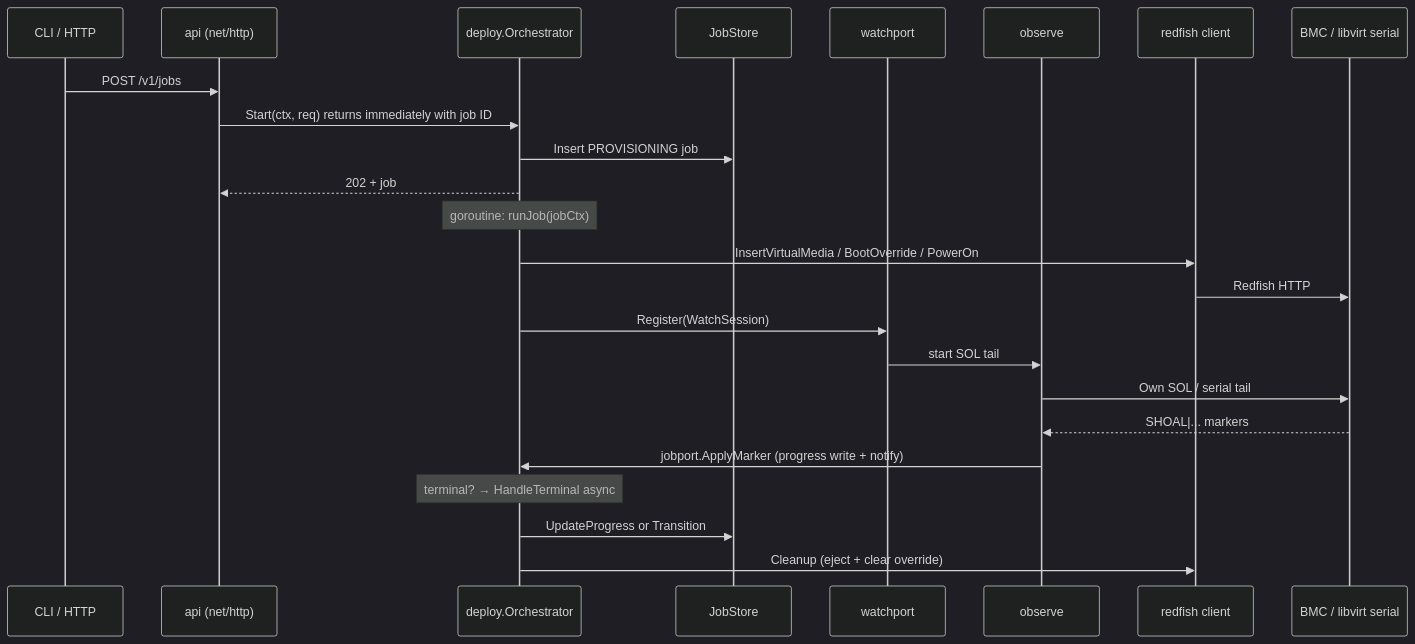
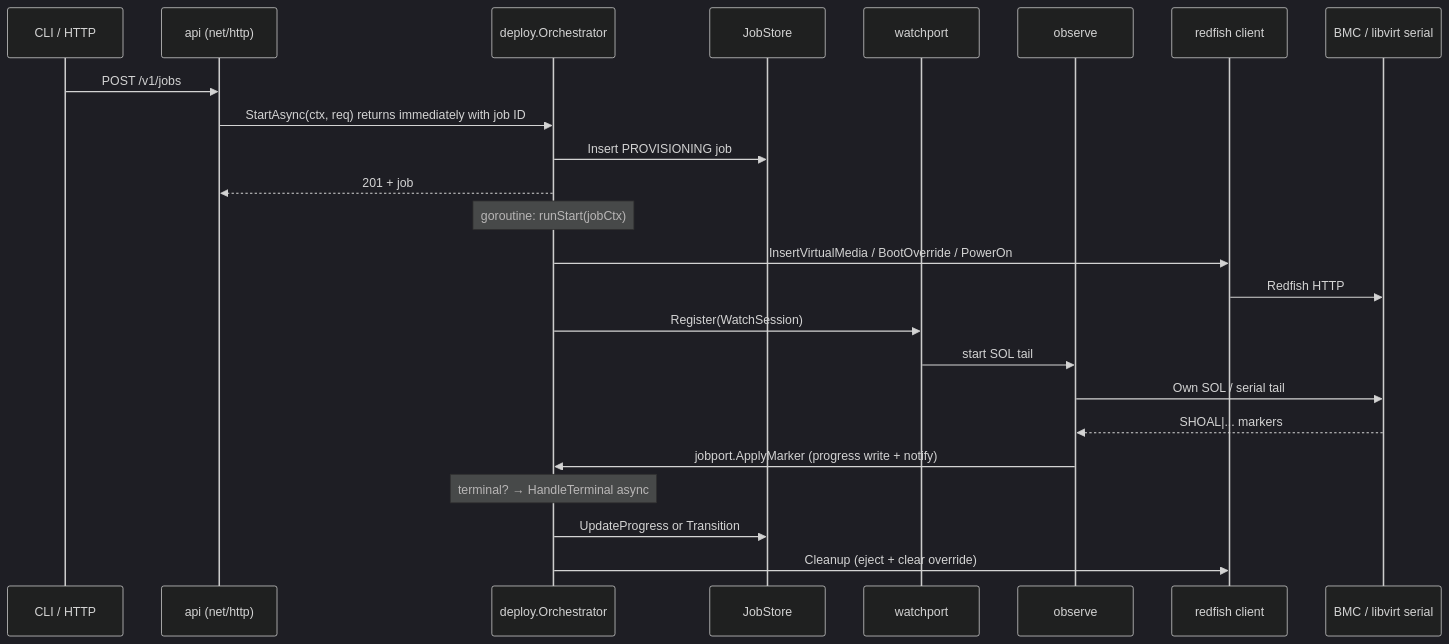
The second of 2 diagrams in SHOAL_COMPREHENSIVE_DESIGN_AND_IMPLEMENTATION_PLAN.md (mattcburns/shoal), drawn with Mermaid (dark theme) before and after one commit. The commit also changed other lines of this file and 16 other files, not shown here.

First line of the commit message:
fix(deploy): async job start, real-hardware timeout/ISO/credential fixes

````diff
--- a/SHOAL_COMPREHENSIVE_DESIGN_AND_IMPLEMENTATION_PLAN.md
+++ b/SHOAL_COMPREHENSIVE_DESIGN_AND_IMPLEMENTATION_PLAN.md
@@ -272,27 +272,27 @@
 ```mermaid
 sequenceDiagram
     participant CLI as CLI / HTTP
     participant API as api (net/http)
     participant DEP as deploy.Orchestrator
     participant JS as JobStore
     participant WR as watchport
     participant OBS as observe
     participant RF as redfish client
     participant BMC as BMC / libvirt serial
 
     CLI->>API: POST /v1/jobs
-    API->>DEP: Start(ctx, req) returns immediately with job ID
+    API->>DEP: StartAsync(ctx, req) returns immediately with job ID
     DEP->>JS: Insert PROVISIONING job
-    DEP-->>API: 202 + job
-    Note over DEP: goroutine: runJob(jobCtx)
+    DEP-->>API: 201 + job
+    Note over DEP: goroutine: runStart(jobCtx)
     DEP->>RF: InsertVirtualMedia / BootOverride / PowerOn
     RF->>BMC: Redfish HTTP
     DEP->>WR: Register(WatchSession)
     WR->>OBS: start SOL tail
     OBS->>BMC: Own SOL / serial tail
     BMC-->>OBS: SHOAL|... markers
     OBS->>DEP: jobport.ApplyMarker (progress write + notify)
     Note over DEP: terminal? → HandleTerminal async
     DEP->>JS: UpdateProgress or Transition
     DEP->>RF: Cleanup (eject + clear override)
 ```
````
